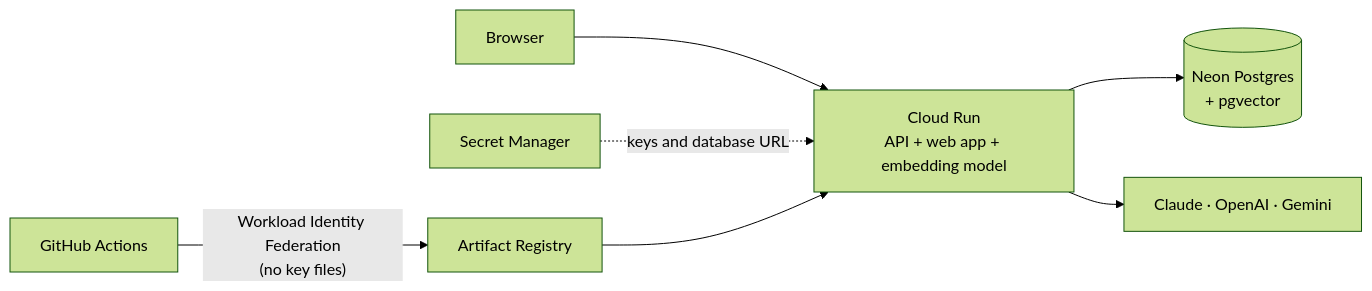
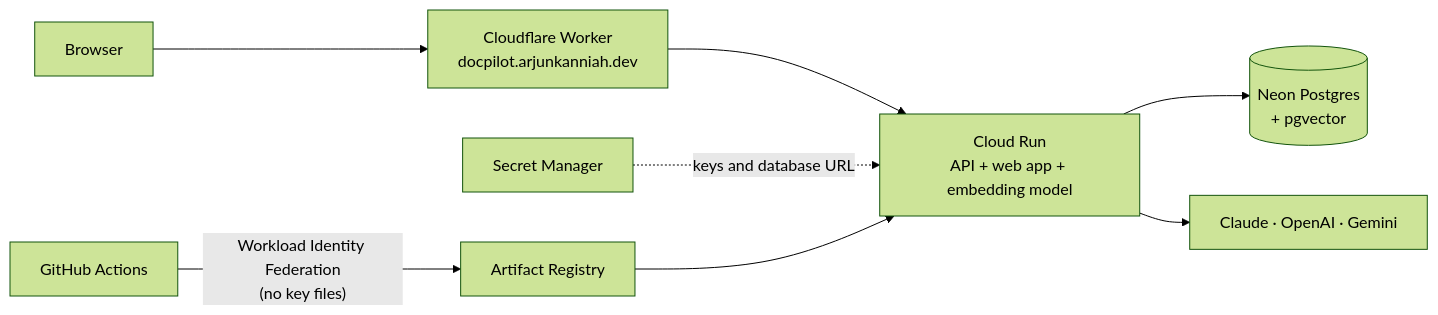
Before and after one commit to arjun-kanniah/docpilot: the diagram in README.md, drawn with Mermaid (forest theme). The commit also changed other lines of this file and 14 other files, not shown here.

First line of the commit message:
Serve the demo at docpilot.arjunkanniah.dev through a Cloudflare Worker

````diff
--- a/README.md
+++ b/README.md
@@ -124,8 +125,8 @@
 ```mermaid
 flowchart LR
-    U[Browser] --> R["Cloud Run<br/>API + web app + embedding model"]
+    U[Browser] --> W["Cloudflare Worker<br/>docpilot.arjunkanniah.dev"] --> R["Cloud Run<br/>API + web app + embedding model"]
     R --> N[("Neon Postgres<br/>+ pgvector")]
     R --> L["Claude · OpenAI · Gemini"]
     S[Secret Manager] -. keys and database URL .-> R
     G[GitHub Actions] -- "Workload Identity Federation<br/>(no key files)" --> A[Artifact Registry] --> R
 ```
````
